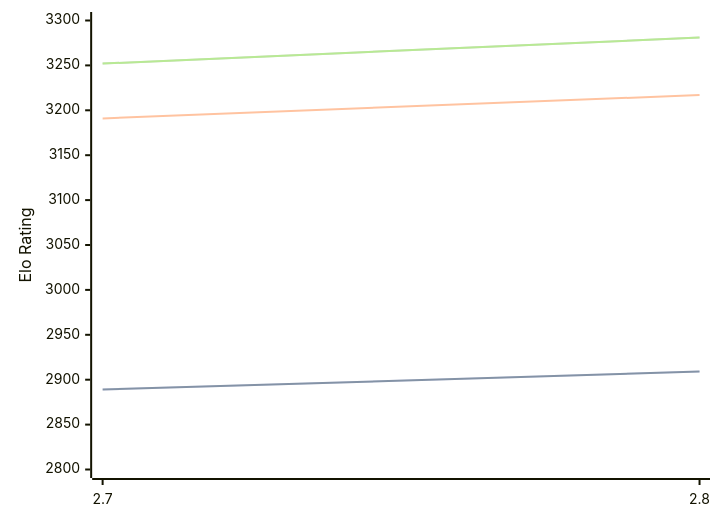
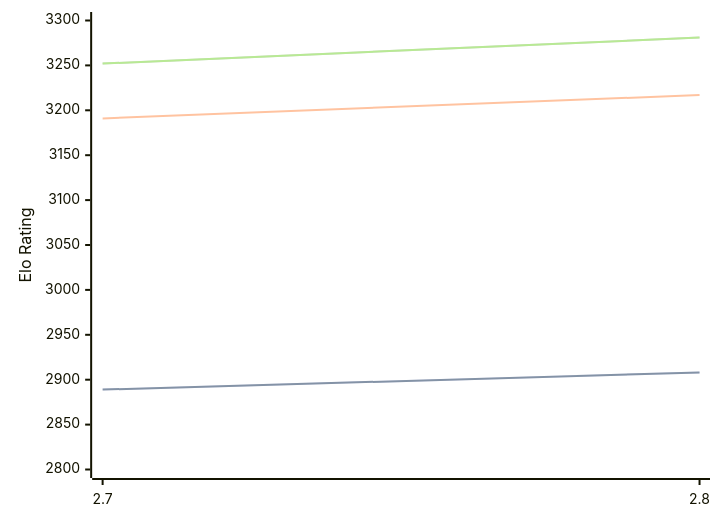
The diagram in engines/Arcanum.md (computer-chess-index/cci), drawn with Mermaid before and after one commit. The commit also changed other lines of this file, not shown here.

````diff
--- a/engines/Arcanum.md
+++ b/engines/Arcanum.md
@@ -44,11 +44,11 @@
 ```mermaid
 %%{init: {"theme":"base","themeVariables":{"seriesColors:['#a3a3a3','#222221','#faa371']}}}%%
 xychart-beta
   x-axis ["2.7", "2.8"]
   y-axis "Elo Rating" 2800 --> 3300
-  line "STC (8.0+0.08s)" [2889, 2909]
-  line "STC (8.0+0.08s)" [2889, 2909]
+  line "STC (8.0+0.08s)" [2889, 2908]
+  line "STC (8.0+0.08s)" [2889, 2908]
   line "LTC (60.0+0.60s)" [3191, 3217]
   line "VLTC (2m24s+1.12s)" [3252, 3281]
   line "VLTC (2m24s+1.12s)" [3252, 3281]
 ```
````
